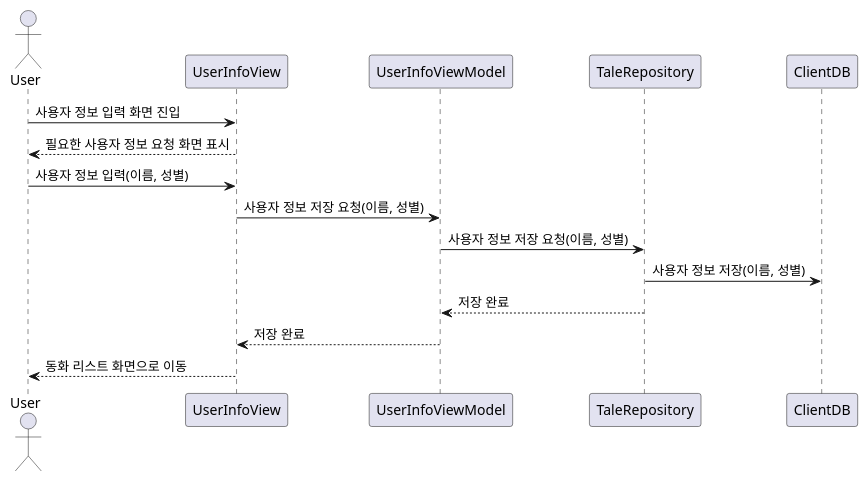
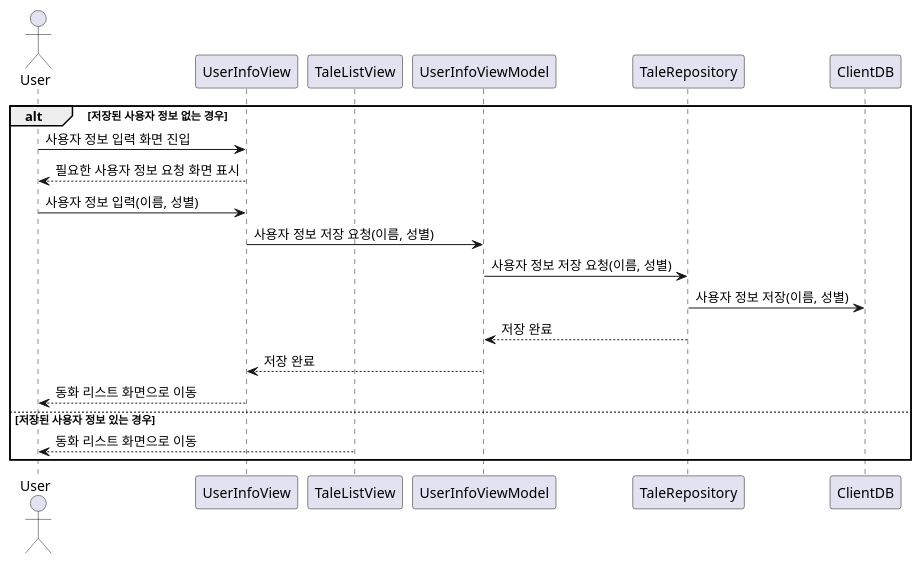
The diagram in design/UML/LV2_logic_seq_ai_user_info.wsd (judy-juyeon-park/KTP522), drawn with PlantUML before and after one commit.

Commit message:
update sequence

```diff
--- a/design/UML/LV2_logic_seq_ai_user_info.wsd
+++ b/design/UML/LV2_logic_seq_ai_user_info.wsd
@@ -1,19 +1,24 @@
 @startuml seq_get_tale_list
 
 actor User as user
 participant UserInfoView as view
+participant TaleListView as view2
 participant UserInfoViewModel as vm
 participant TaleRepository as repo
 participant ClientDB as db_c
 
+alt 저장된 사용자 정보 없는 경우
 user -> view : 사용자 정보 입력 화면 진입
 view --> user : 필요한 사용자 정보 요청 화면 표시
 user -> view : 사용자 정보 입력(이름, 성별)
 view -> vm : 사용자 정보 저장 요청(이름, 성별)
 vm -> repo : 사용자 정보 저장 요청(이름, 성별)
 repo -> db_c : 사용자 정보 저장(이름, 성별)
 repo --> vm : 저장 완료
 vm --> view : 저장 완료 
 view --> user : 동화 리스트 화면으로 이동
+else 저장된 사용자 정보 있는 경우
+view2 --> user : 동화 리스트 화면으로 이동
+end
 
 @enduml
```
